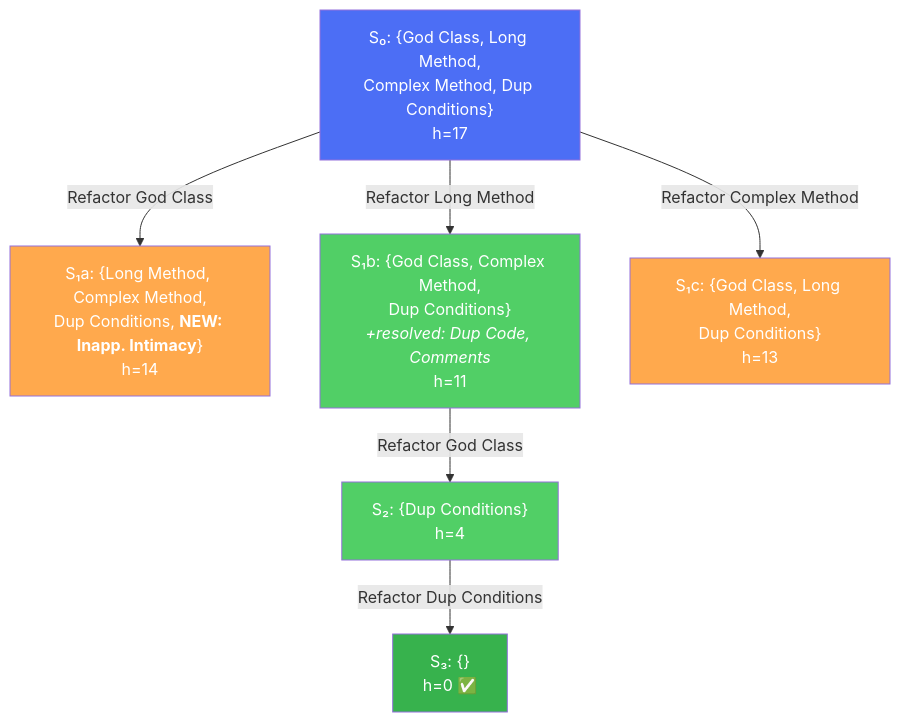
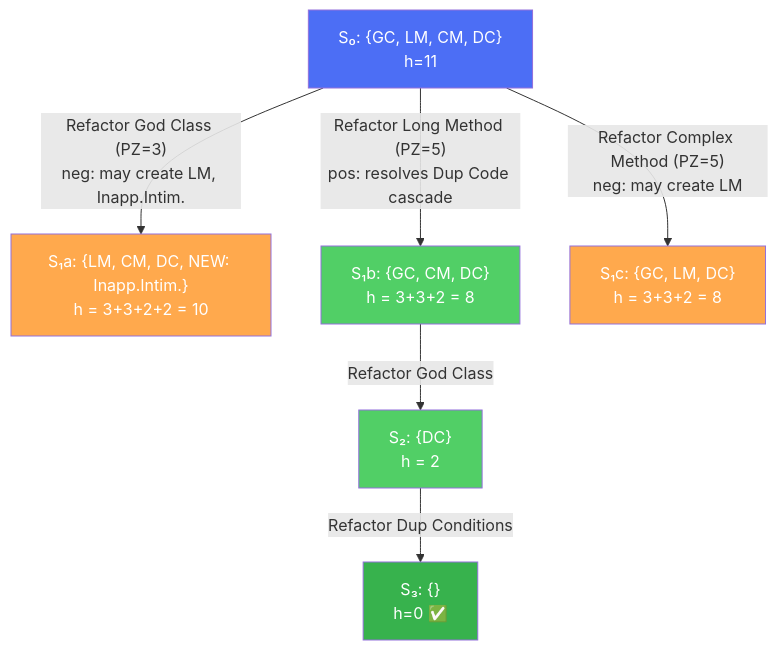
The second of 9 diagrams in slides_planning.md (hpietukhin/smellai), drawn with Mermaid before and after one commit. The commit also changed other lines of this file, not shown here.

````diff
--- a/slides_planning.md
+++ b/slides_planning.md
@@ -108,14 +112,14 @@
 ```mermaid
 graph TD
-  S0["S₀: {God Class, Long Method,<br/>Complex Method, Dup Conditions}<br/>h=17"] -->|"Refactor God Class"| S1a["S₁a: {Long Method, Complex Method,<br/>Dup Conditions, <b>NEW: Inapp. Intimacy</b>}<br/>h=14"]
-  S0 -->|"Refactor Long Method"| S1b["S₁b: {God Class, Complex Method,<br/>Dup Conditions}<br/><i>+resolved: Dup Code, Comments</i><br/>h=11"]
-  S0 -->|"Refactor Complex Method"| S1c["S₁c: {God Class, Long Method,<br/>Dup Conditions}<br/>h=13"]
-  S1b -->|"Refactor God Class"| S2["S₂: {Dup Conditions}<br/>h=4"]
+  S0["S₀: {GC, LM, CM, DC}<br/>h=11"] -->|"Refactor God Class (PZ=3)<br/>neg: may create LM, Inapp.Intim."| S1a["S₁a: {LM, CM, DC, NEW: Inapp.Intim.}<br/>h = 3+3+2+2 = 10"]
+  S0 -->|"Refactor Long Method (PZ=5)<br/>pos: resolves Dup Code cascade"| S1b["S₁b: {GC, CM, DC}<br/>h = 3+3+2 = 8"]
+  S0 -->|"Refactor Complex Method (PZ=5)<br/>neg: may create LM"| S1c["S₁c: {GC, LM, DC}<br/>h = 3+3+2 = 8"]
+  S1b -->|"Refactor God Class"| S2["S₂: {DC}<br/>h = 2"]
   S2 -->|"Refactor Dup Conditions"| S3["S₃: {} <br/>h=0 ✅"]
   style S0 fill:#4c6ef5,color:#fff
   style S1b fill:#51cf66,color:#fff
   style S2 fill:#51cf66,color:#fff
   style S3 fill:#37b24d,color:#fff
   style S1a fill:#ffa94d,color:#fff
   style S1c fill:#ffa94d,color:#fff
 ```
````
